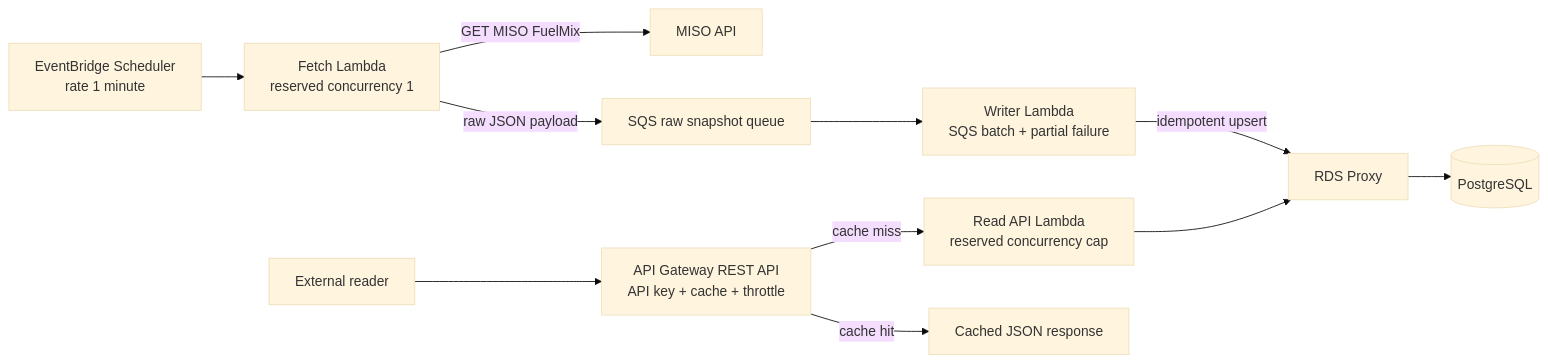
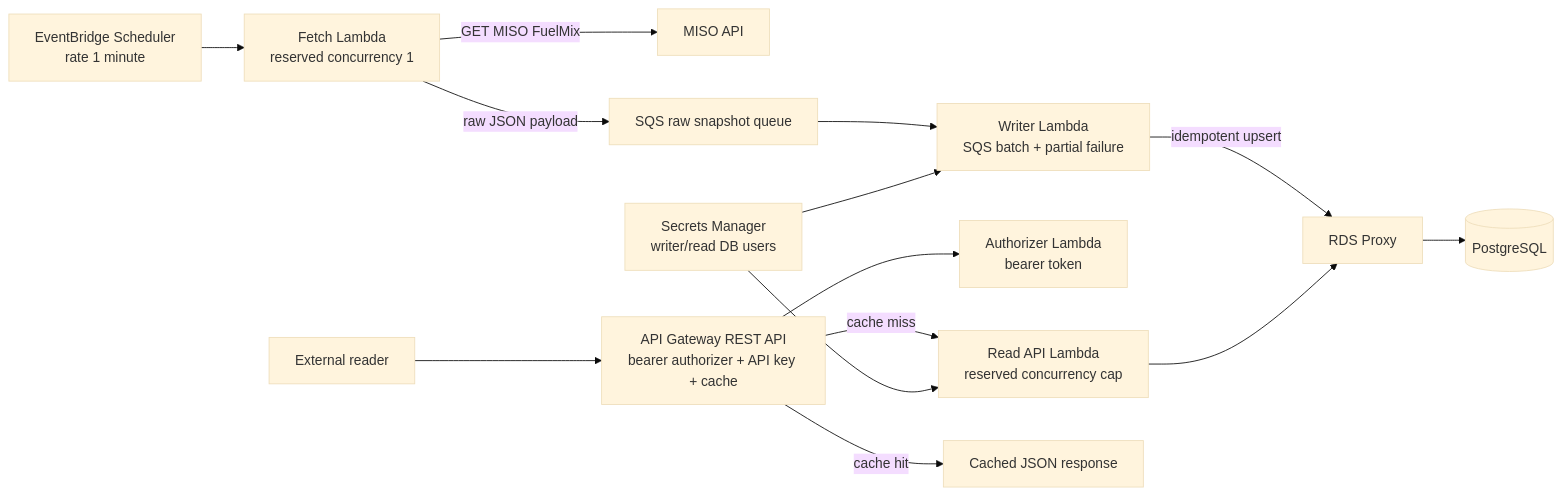
The diagram in README.md (TheGreenCedar/serverless-elt-showcase), drawn with Mermaid (base theme) before and after one commit. The commit also changed other lines of this file and 11 other files, not shown here.

````diff
--- a/README.md
+++ b/README.md
@@ -16,14 +16,17 @@
 ```mermaid
 flowchart LR
     Scheduler[EventBridge Scheduler<br/>rate 1 minute] --> Fetch[Fetch Lambda<br/>reserved concurrency 1]
     Fetch -->|GET MISO FuelMix| MISO[MISO API]
     Fetch -->|raw JSON payload| Queue[SQS raw snapshot queue]
     Queue --> Writer[Writer Lambda<br/>SQS batch + partial failure]
     Writer -->|idempotent upsert| Proxy[RDS Proxy]
     Proxy --> Db[(PostgreSQL)]
 
-    User[External reader] --> Api[API Gateway REST API<br/>API key + cache + throttle]
+    User[External reader] --> Api[API Gateway REST API<br/>bearer authorizer + API key + cache]
+    Api --> Auth[Authorizer Lambda<br/>bearer token]
     Api -->|cache miss| Read[Read API Lambda<br/>reserved concurrency cap]
     Read --> Proxy
     Api -->|cache hit| Cached[Cached JSON response]
+    Secrets[Secrets Manager<br/>writer/read DB users] --> Writer
+    Secrets --> Read
 ```
````
